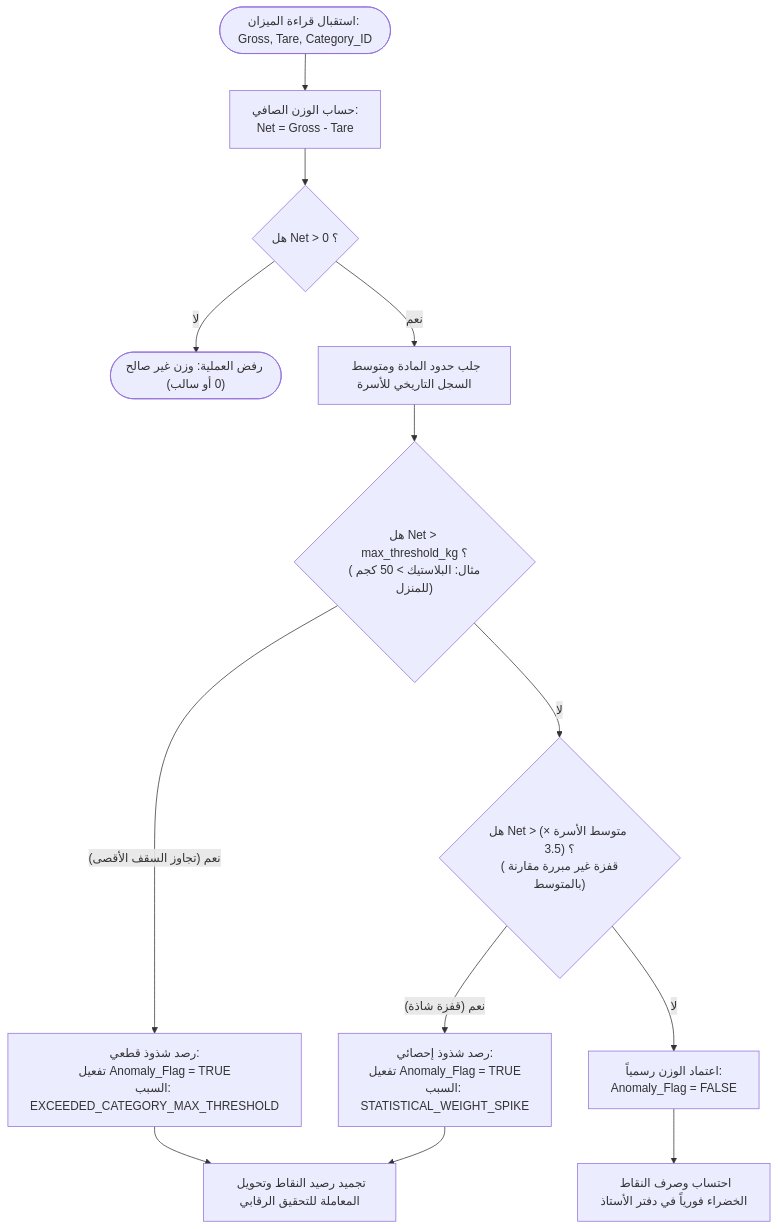
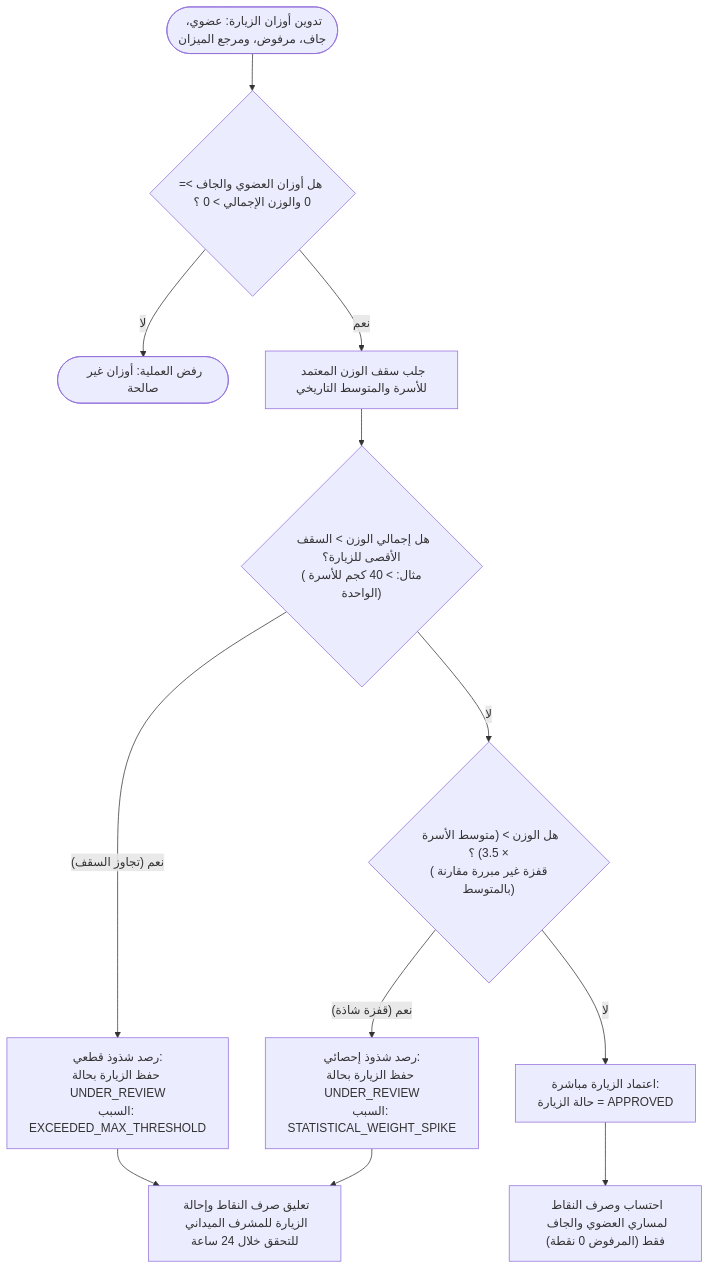
Before and after one commit to A-S-Y/Athar: the second of 3 diagrams in docs/03-flows-and-logic/business-logic.md, drawn with Mermaid. The commit also changed other lines of this file and 21 other files, not shown here.

Commit message:
refactor: align full architecture, diagrams, and docs strictly with canonical operational blueprint

````diff
--- a/docs/03-flows-and-logic/business-logic.md
+++ b/docs/03-flows-and-logic/business-logic.md
@@ -44,22 +44,21 @@
 ```mermaid
 flowchart TD
-    WeightIn(["استقبال قراءة الميزان: Gross, Tare, Category_ID"]) --> CalcNet["حساب الوزن الصافي:<br/>Net = Gross - Tare"]
+    WeightIn(["تدوين أوزان الزيارة: عضوي، جاف، مرفوض، ومرجع الميزان"]) --> CheckNegative{"هل أوزان العضوي والجاف >= 0 والوزن الإجمالي > 0 ؟"}
     
-    CalcNet --> CheckNegative{"هل Net > 0 ؟"}
-    CheckNegative -- "لا" --> ErrZero(["رفض العملية: وزن غير صالح (0 أو سالب)"])
+    CheckNegative -- "لا" --> ErrZero(["رفض العملية: أوزان غير صالحة"])
     
-    CheckNegative -- "نعم" --> FetchLimits["جلب حدود المادة ومتوسط السجل التاريخي للأسرة"]
-    FetchLimits --> CheckAbsoluteMax{"هل Net > max_threshold_kg ؟<br/>(مثال: البلاستيك > 50 كجم للمنزل)"}
+    CheckNegative -- "نعم" --> FetchLimits["جلب سقف الوزن المعتمد للأسرة والمتوسط التاريخي"]
+    FetchLimits --> CheckAbsoluteMax{"هل إجمالي الوزن > السقف الأقصى للزيارة؟<br/>(مثال: > 40 كجم للأسرة الواحدة)"}
     
-    CheckAbsoluteMax -- "نعم (تجاوز السقف الأقصى)" --> FlagAnomaly1["رصد شذوذ قطعي:<br/>تفعيل Anomaly_Flag = TRUE<br/>السبب: EXCEEDED_CATEGORY_MAX_THRESHOLD"]
+    CheckAbsoluteMax -- "نعم (تجاوز السقف)" --> FlagAnomaly1["رصد شذوذ قطعي:<br/>حفظ الزيارة بحالة UNDER_REVIEW<br/>السبب: EXCEEDED_MAX_THRESHOLD"]
     
-    CheckAbsoluteMax -- "لا" --> CheckSpike{"هل Net > (متوسط الأسرة × 3.5) ؟<br/>(قفزة غير مبررة مقارنة بالمتوسط)"}
-    CheckSpike -- "نعم (قفزة شاذة)" --> FlagAnomaly2["رصد شذوذ إحصائي:<br/>تفعيل Anomaly_Flag = TRUE<br/>السبب: STATISTICAL_WEIGHT_SPIKE"]
+    CheckAbsoluteMax -- "لا" --> CheckSpike{"هل الوزن > (متوسط الأسرة × 3.5) ؟<br/>(قفزة غير مبررة مقارنة بالمتوسط)"}
+    CheckSpike -- "نعم (قفزة شاذة)" --> FlagAnomaly2["رصد شذوذ إحصائي:<br/>حفظ الزيارة بحالة UNDER_REVIEW<br/>السبب: STATISTICAL_WEIGHT_SPIKE"]
     
-    CheckSpike -- "لا" --> ApproveWeight["اعتماد الوزن رسمياً:<br/>Anomaly_Flag = FALSE"]
+    CheckSpike -- "لا" --> ApproveWeight["اعتماد الزيارة مباشرة:<br/>حالة الزيارة = APPROVED"]
     
-    FlagAnomaly1 --> HoldPoints["تجميد رصيد النقاط وتحويل المعاملة للتحقيق الرقابي"]
+    FlagAnomaly1 --> HoldPoints["تعليق صرف النقاط وإحالة الزيارة للمشرف الميداني للتحقق خلال 24 ساعة"]
     FlagAnomaly2 --> HoldPoints
     
-    ApproveWeight --> MintPoints["احتساب وصرف النقاط الخضراء فورياً في دفتر الأستاذ"]
+    ApproveWeight --> MintPoints["احتساب وصرف النقاط لمساري العضوي والجاف فقط (المرفوض 0 نقطة)"]
 ```
````
